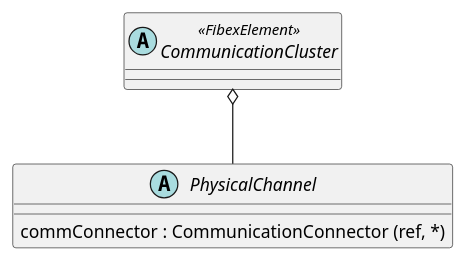
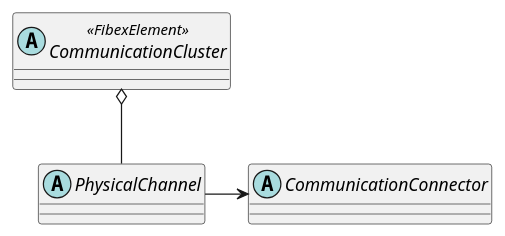
One commit to hazemanwer2000/knowledge-base changed the second of 4 diagrams in vault-base/AUTOSAR-ECU-Extract.md. Above: the diagram before and after it, drawn with PlantUML. The commit also changed other lines of this file, not shown here.

````diff
--- a/vault-base/AUTOSAR-ECU-Extract.md
+++ b/vault-base/AUTOSAR-ECU-Extract.md
@@ -28,7 +28,7 @@
 ```plantuml
 abstract CommunicationCluster <<FibexElement>>
-abstract PhysicalChannel {
-	commConnector : CommunicationConnector (ref, *)
-}
+abstract PhysicalChannel
+abstract CommunicationConnector
+PhysicalChannel -right-> CommunicationConnector
 CommunicationCluster o-- PhysicalChannel
 ```
````
